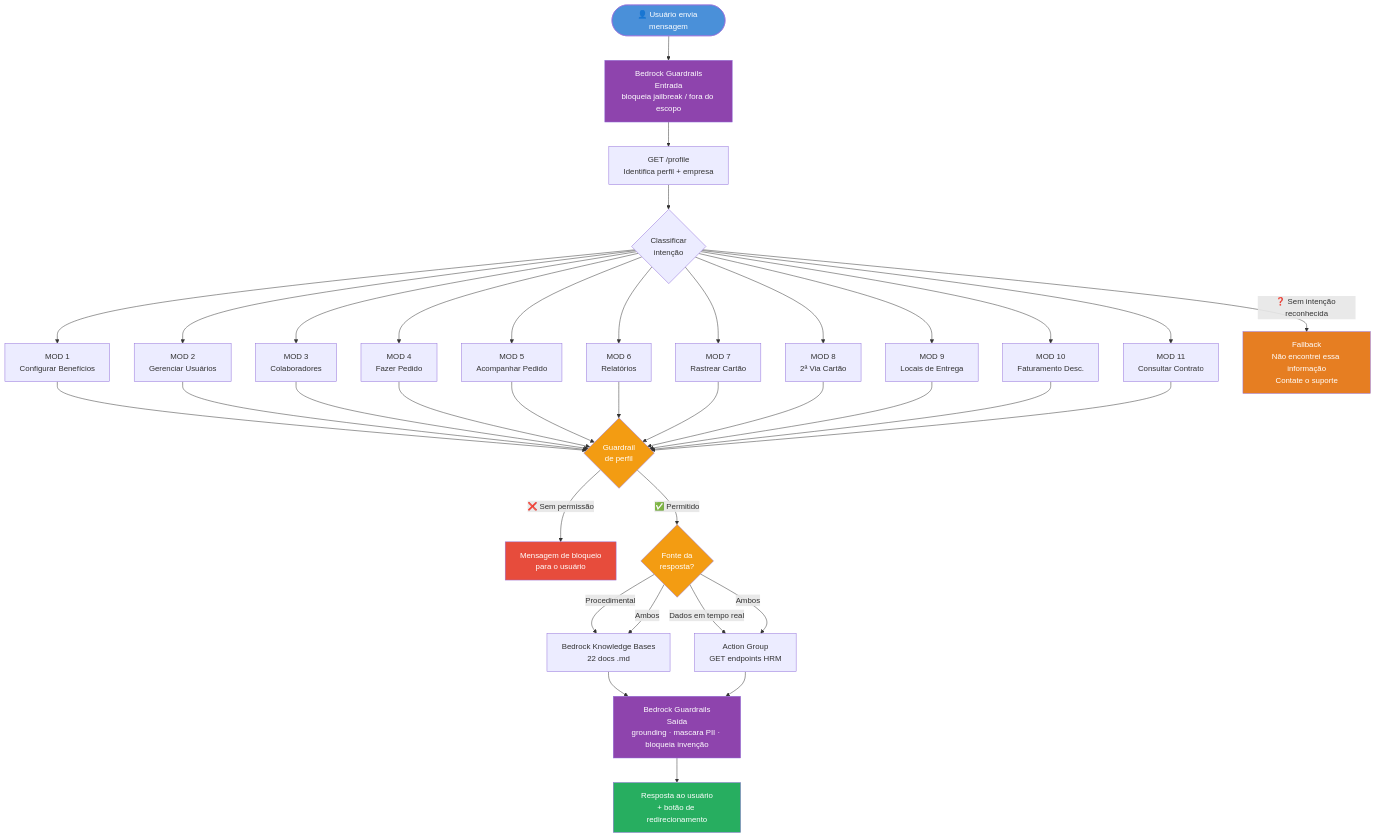
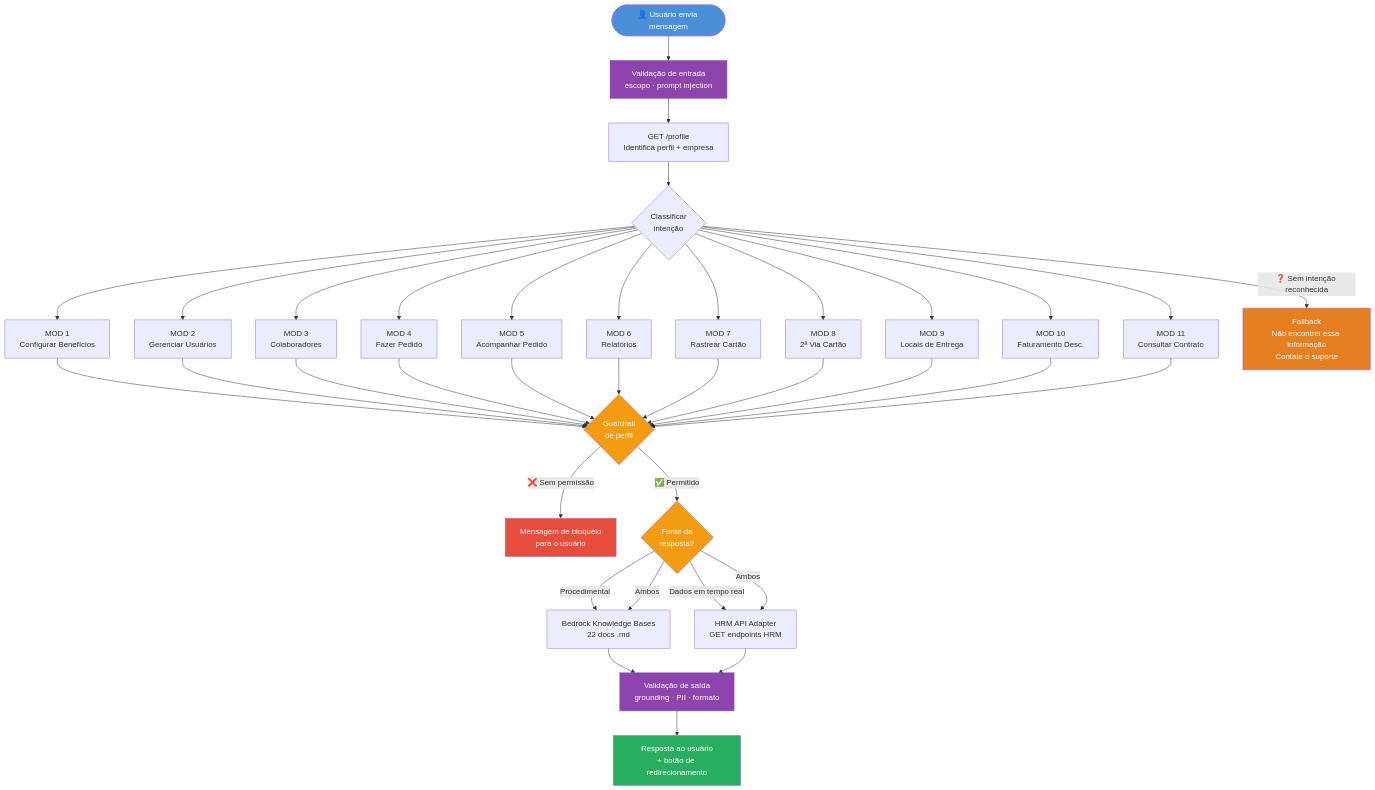
Before and after one commit to lucianarcit/discover_marh: the diagram in docs/discover/04_workflow-bot.md, drawn with Mermaid. The commit also changed 3 other files, not shown here.

First line of the commit message:
docs: reescreve infraestrutura e alinha docs ao diagrama v2

````diff
--- a/docs/discover/04_workflow-bot.md
+++ b/docs/discover/04_workflow-bot.md
@@ -9,50 +9,50 @@
 ```mermaid
 flowchart TD
     A([👤 Usuário envia mensagem]) --> B
 
-    B[Bedrock Guardrails\nEntrada\nbloqueia jailbreak / fora do escopo]
+    B[Validação de entrada\nescopo · prompt injection]
     B --> C
 
     C[GET /profile\nIdentifica perfil + empresa]
     C --> D{Classificar\nintenção}
 
     D --> M1[MOD 1\nConfigurar Benefícios]
     D --> M2[MOD 2\nGerenciar Usuários]
     D --> M3[MOD 3\nColaboradores]
     D --> M4[MOD 4\nFazer Pedido]
     D --> M5[MOD 5\nAcompanhar Pedido]
     D --> M6[MOD 6\nRelatórios]
     D --> M7[MOD 7\nRastrear Cartão]
     D --> M8[MOD 8\n2ª Via Cartão]
     D --> M9[MOD 9\nLocais de Entrega]
     D --> M10[MOD 10\nFaturamento Desc.]
     D --> M11[MOD 11\nConsultar Contrato]
 
     M1 & M2 & M3 & M4 & M5 & M6 & M7 & M8 & M9 & M10 & M11 --> G
 
     G{Guardrail\nde perfil}
     G -- ❌ Sem permissão --> BLOCK[Mensagem de bloqueio\npara o usuário]
     G -- ✅ Permitido --> H
 
     H{Fonte da\nresposta?}
     H -- Procedimental --> RAG[Bedrock Knowledge Bases\n22 docs .md]
-    H -- Dados em tempo real --> API[Action Group\nGET endpoints HRM]
+    H -- Dados em tempo real --> API[HRM API Adapter\nGET endpoints HRM]
     H -- Ambos --> RAG & API
 
     RAG --> OUT
     API --> OUT
 
-    OUT[Bedrock Guardrails\nSaída\ngrounding · mascara PII · bloqueia invenção]
+    OUT[Validação de saída\ngrounding · PII · formato]
     OUT --> RESP[Resposta ao usuário\n+ botão de redirecionamento]
 
     D -- ❓ Sem intenção reconhecida --> FALL[Fallback\nNão encontrei essa informação\nContate o suporte]
 
     style A fill:#4A90D9,color:#fff
     style BLOCK fill:#E74C3C,color:#fff
     style FALL fill:#E67E22,color:#fff
     style RESP fill:#27AE60,color:#fff
     style B fill:#8E44AD,color:#fff
     style OUT fill:#8E44AD,color:#fff
     style G fill:#F39C12,color:#fff
     style H fill:#F39C12,color:#fff
 ```
````
